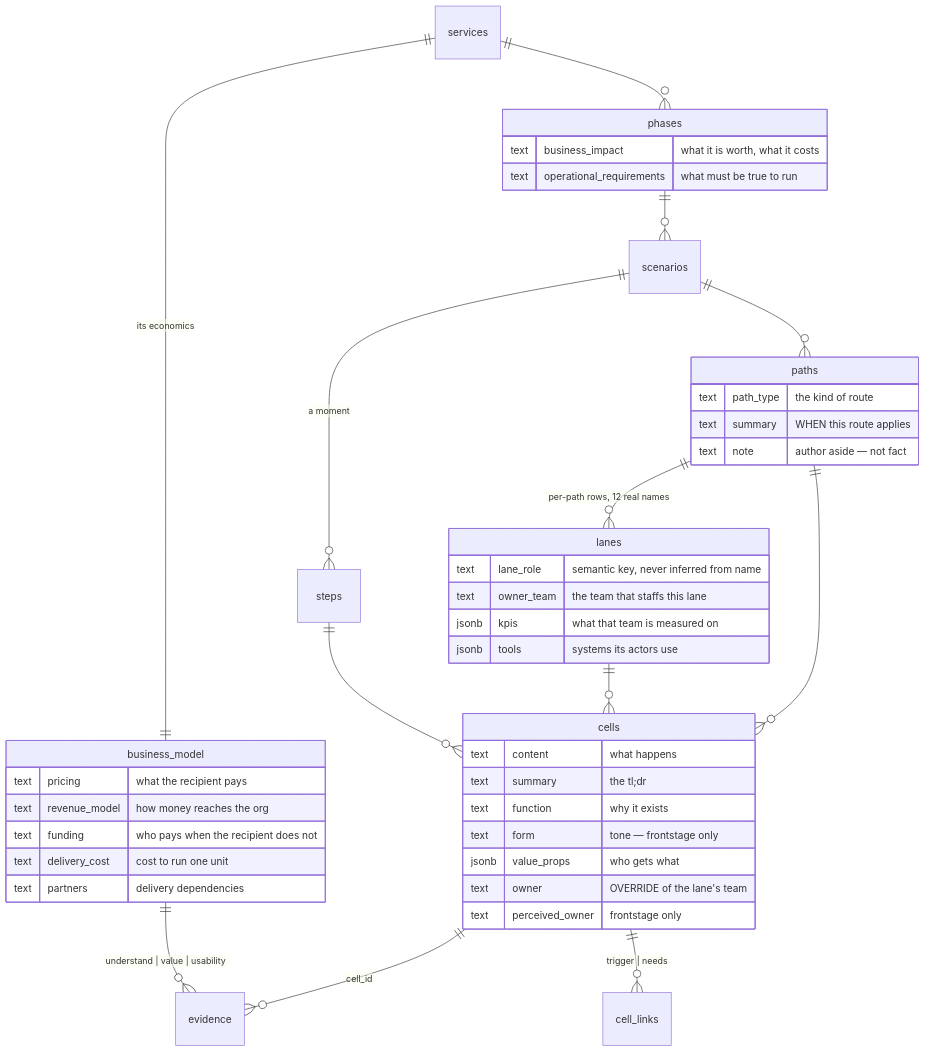
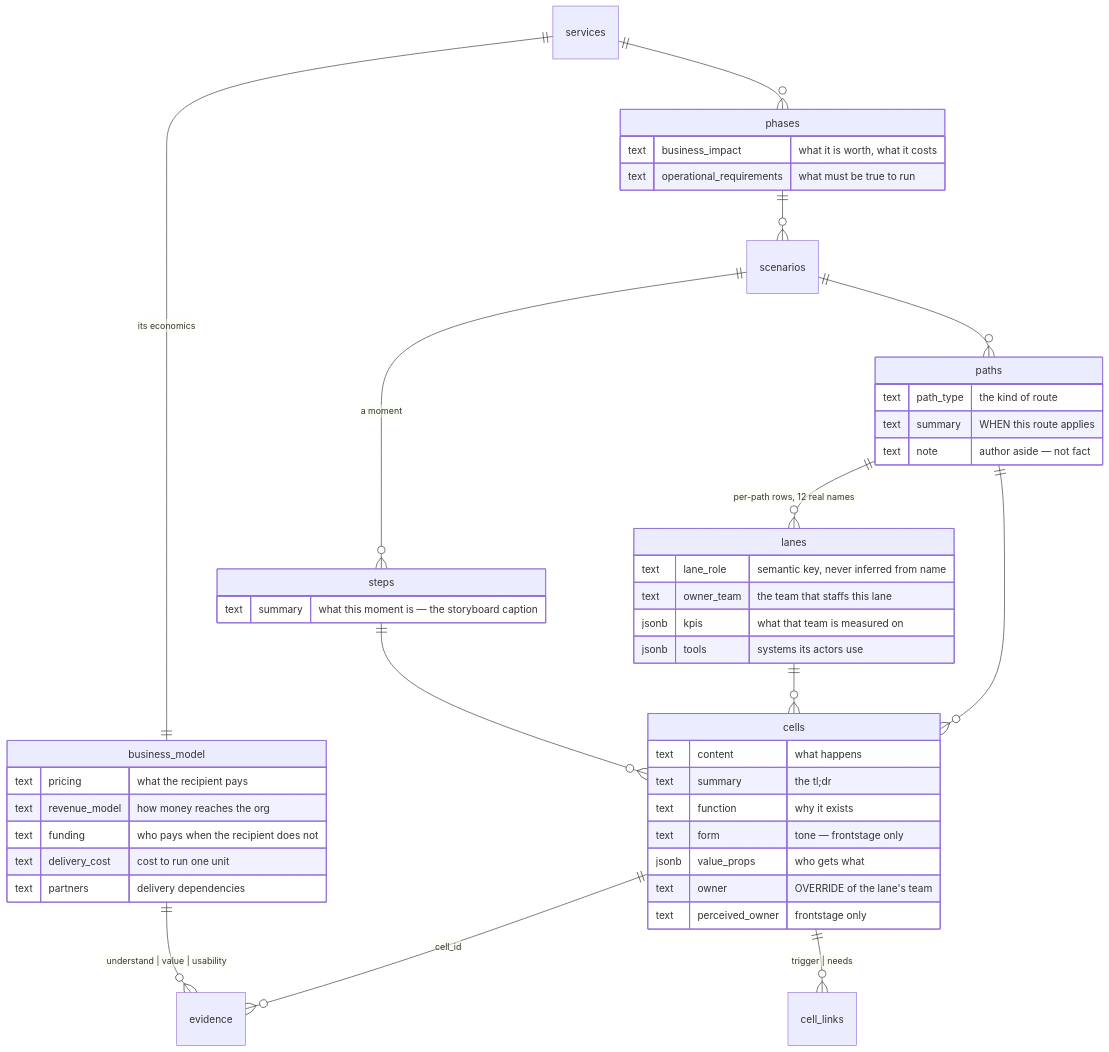
One commit to BilLogic/plus-uno-blueprint changed the first of 2 diagrams in docs/plans/2026-08-20-006-design-data-model.md. Above: the diagram before and after it, drawn with Mermaid. The commit also changed other lines of this file and 3 other files, not shown here.

First line of the commit message:
docs(plans): steps.summary stored per step, rendered as the storyboard caption

````diff
--- a/docs/plans/2026-08-20-006-design-data-model.md
+++ b/docs/plans/2026-08-20-006-design-data-model.md
@@ -324,47 +327,50 @@
 ```mermaid
 erDiagram
     services   ||--o{ phases : ""
     services   ||--|| business_model : "its economics"
     phases     ||--o{ scenarios : ""
     scenarios  ||--o{ paths : ""
     scenarios  ||--o{ steps : "a moment"
     paths      ||--o{ lanes : "per-path rows, 12 real names"
     paths      ||--o{ cells : ""
     lanes      ||--o{ cells : ""
     steps      ||--o{ cells : ""
     cells      ||--o{ evidence : "cell_id"
     business_model ||--o{ evidence : "understand | value | usability"
     cells      ||--o{ cell_links : "trigger | needs"
 
     business_model {
         text pricing         "what the recipient pays"
         text revenue_model   "how money reaches the org"
         text funding         "who pays when the recipient does not"
         text delivery_cost   "cost to run one unit"
         text partners        "delivery dependencies"
     }
     phases {
         text business_impact          "what it is worth, what it costs"
         text operational_requirements "what must be true to run"
     }
+    steps {
+        text summary "what this moment is — the storyboard caption"
+    }
     paths {
         text path_type "the kind of route"
         text summary   "WHEN this route applies"
         text note      "author aside — not fact"
     }
     lanes {
         text lane_role  "semantic key, never inferred from name"
         text owner_team "the team that staffs this lane"
         jsonb kpis      "what that team is measured on"
         jsonb tools     "systems its actors use"
     }
     cells {
         text content         "what happens"
         text summary         "the tl;dr"
         text function        "why it exists"
         text form            "tone — frontstage only"
         jsonb value_props    "who gets what"
         text owner           "OVERRIDE of the lane's team"
         text perceived_owner "frontstage only"
     }
 ```
````
